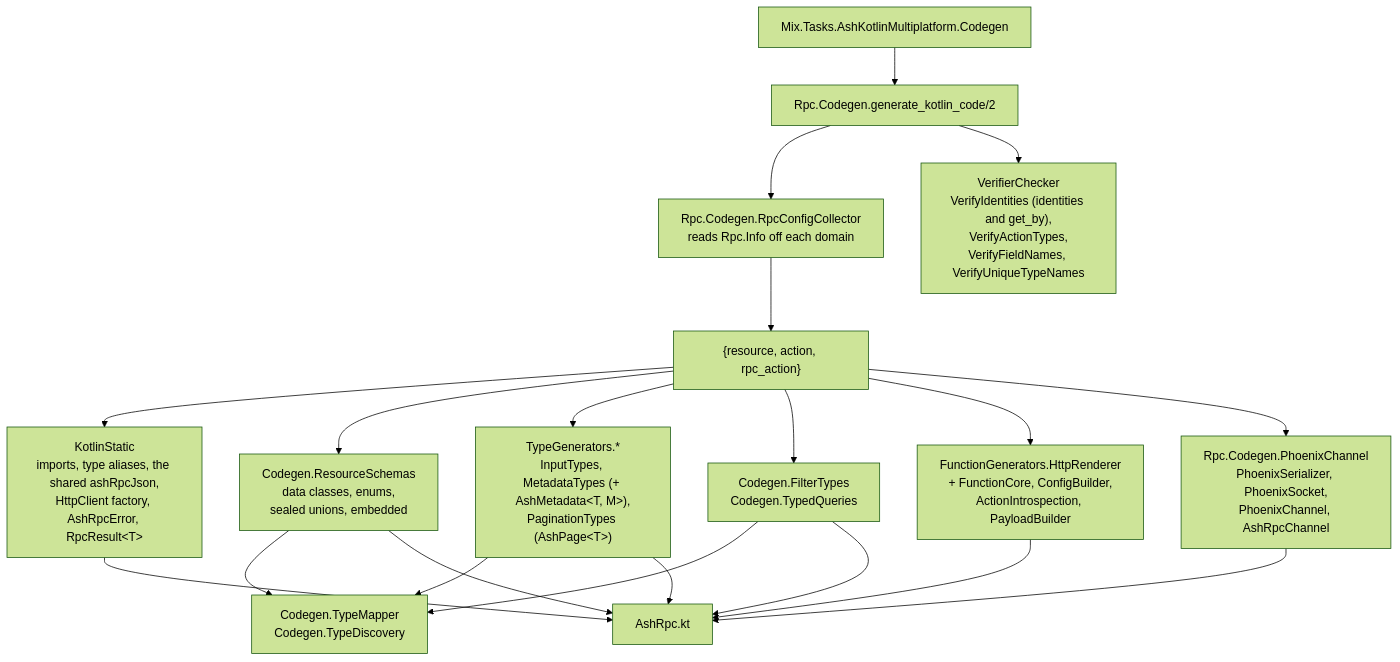
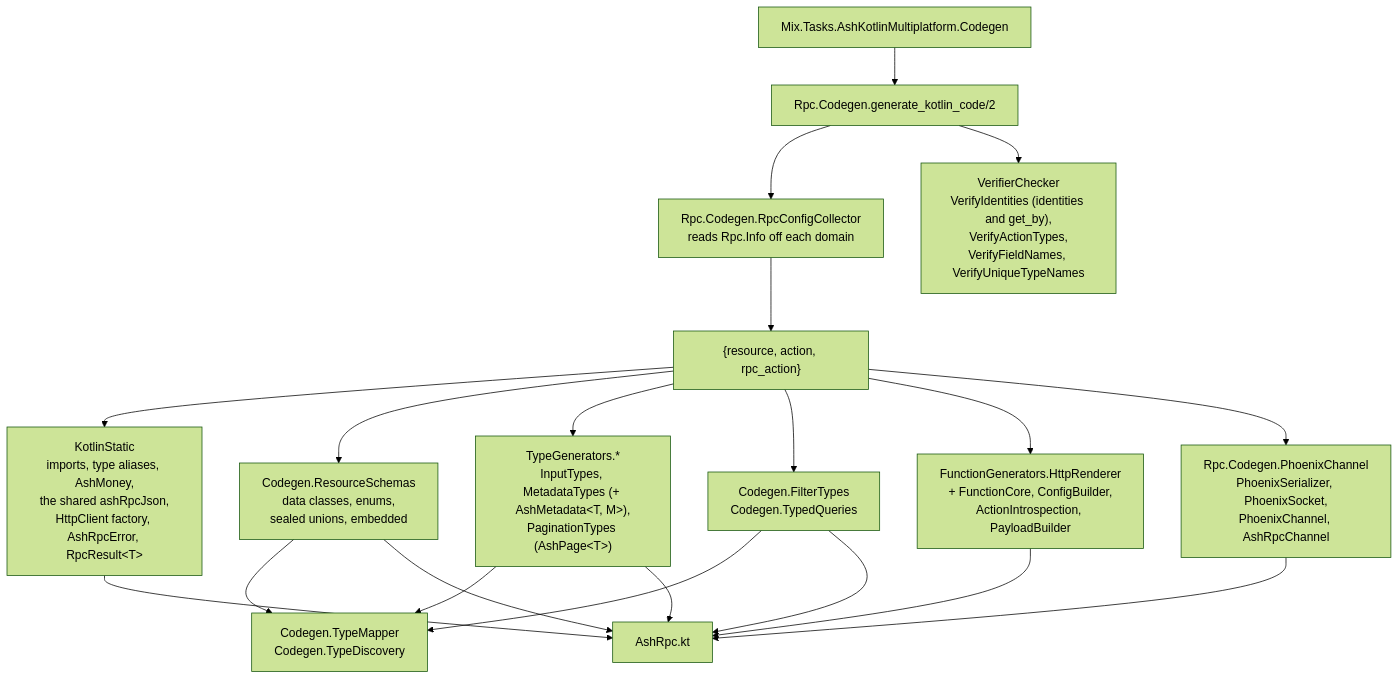
Before and after one commit to udin-io/ash_kotlin_multiplatform: the third of 4 diagrams in docs/architecture.md, drawn with Mermaid (forest theme). The commit also changed other lines of this file and 13 other files, not shown here.

First line of the commit message:
Real Kotlin types for vector, money, ltree and ULID (#30) (#72)

````diff
--- a/docs/architecture.md
+++ b/docs/architecture.md
@@ -88,27 +88,27 @@
 ```mermaid
 flowchart TD
     task["Mix.Tasks.AshKotlinMultiplatform.Codegen"] --> cg["Rpc.Codegen.generate_kotlin_code/2"]
 
     cg --> coll["Rpc.Codegen.RpcConfigCollector<br/>reads Rpc.Info off each domain"]
     cg --> vc["VerifierChecker<br/>VerifyIdentities (identities and get_by),<br/>VerifyActionTypes,<br/>VerifyFieldNames, VerifyUniqueTypeNames"]
 
     coll --> tuples["{resource, action, rpc_action}"]
 
-    tuples --> static["KotlinStatic<br/>imports, type aliases, the shared ashRpcJson,<br/>HttpClient factory, AshRpcError, RpcResult&lt;T&gt;"]
+    tuples --> static["KotlinStatic<br/>imports, type aliases, AshMoney,<br/>the shared ashRpcJson,<br/>HttpClient factory, AshRpcError, RpcResult&lt;T&gt;"]
     tuples --> schemas["Codegen.ResourceSchemas<br/>data classes, enums,<br/>sealed unions, embedded"]
     tuples --> types["TypeGenerators.*<br/>InputTypes, MetadataTypes (+ AshMetadata&lt;T, M&gt;),<br/>PaginationTypes (AshPage&lt;T&gt;)"]
     tuples --> filters["Codegen.FilterTypes<br/>Codegen.TypedQueries"]
     tuples --> fns["FunctionGenerators.HttpRenderer<br/>+ FunctionCore, ConfigBuilder,<br/>ActionIntrospection, PayloadBuilder"]
     tuples --> chan["Rpc.Codegen.PhoenixChannel<br/>PhoenixSerializer, PhoenixSocket,<br/>PhoenixChannel, AshRpcChannel"]
 
     schemas --> tm["Codegen.TypeMapper<br/>Codegen.TypeDiscovery"]
     types --> tm
     filters --> tm
 
     static --> out["AshRpc.kt"]
     schemas --> out
     types --> out
     filters --> out
     fns --> out
     chan --> out
 ```
````
